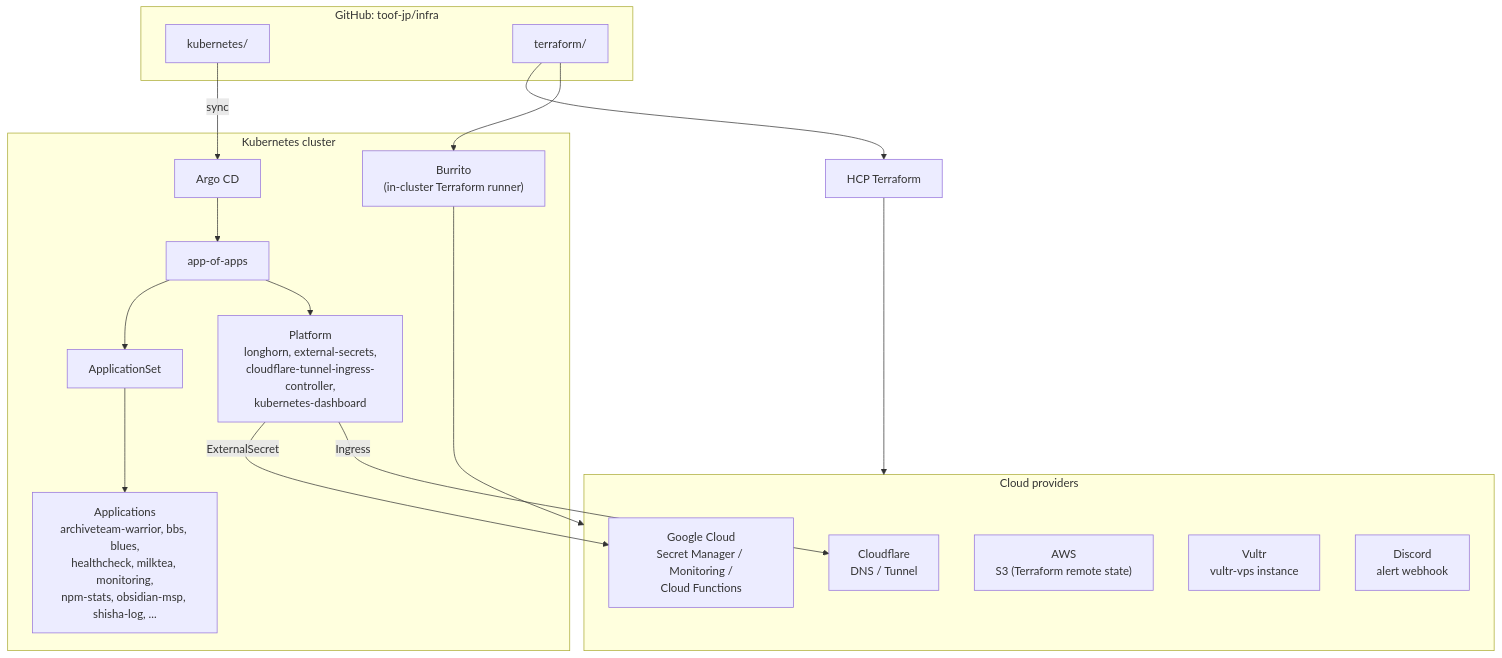
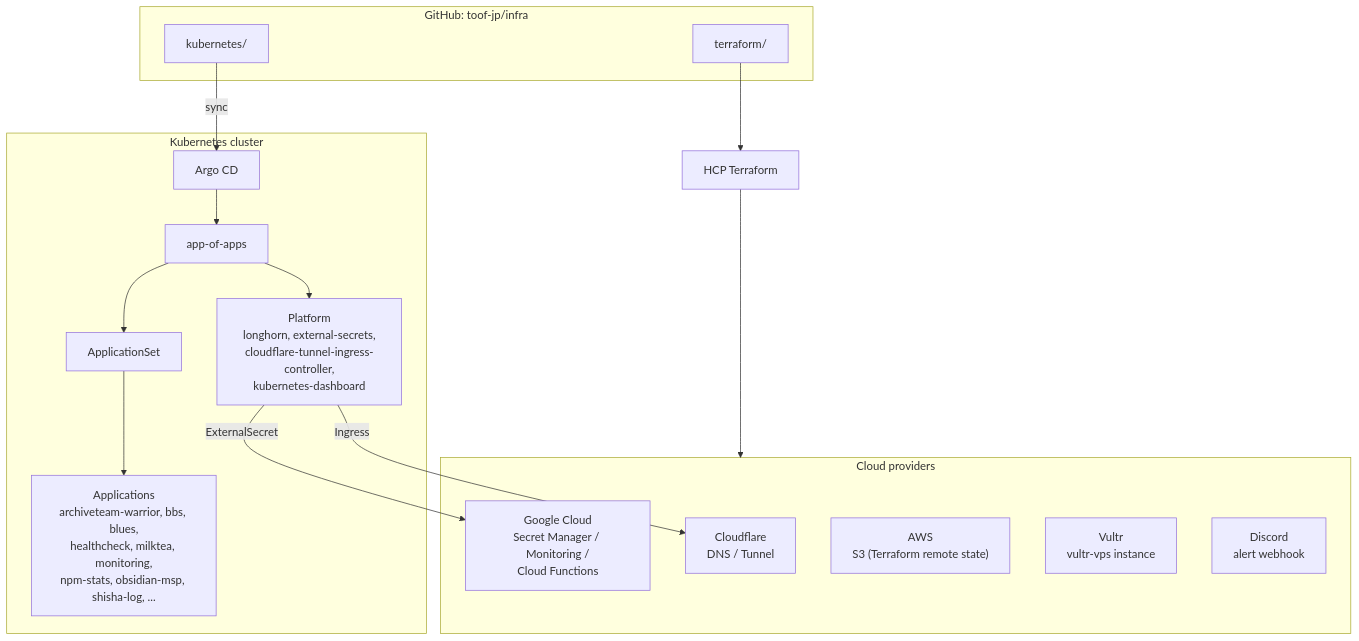
Before and after one commit to toof-jp/infra: the first of 2 diagrams in README.md, drawn with Mermaid. The commit also changed 1 other file, not shown here.

Commit message:
chore: remove deprecated burrito-project
Burrito is no longer used; terraform runs on the HCP Terraform
workspace. The manifest was already orphaned (not referenced by the
ApplicationSet). Drop it and the Burrito node in the README diagram.

````diff
--- a/README.md
+++ b/README.md
@@ -23,40 +23,37 @@
 ```mermaid
 flowchart TB
     subgraph repo["GitHub: toof-jp/infra"]
         k8sdir["kubernetes/"]
         tfdir["terraform/"]
     end
 
     subgraph cluster["Kubernetes cluster"]
         argocd["Argo CD"]
         appofapps["app-of-apps"]
         appset["ApplicationSet"]
         apps["Applications<br/>archiveteam-warrior, bbs, blues,<br/>healthcheck, milktea, monitoring,<br/>npm-stats, obsidian-msp, shisha-log, ..."]
         platform["Platform<br/>longhorn, external-secrets,<br/>cloudflare-tunnel-ingress-controller,<br/>kubernetes-dashboard"]
-        burrito["Burrito<br/>(in-cluster Terraform runner)"]
     end
 
     subgraph providers["Cloud providers"]
         cloudflare["Cloudflare<br/>DNS / Tunnel"]
         gcp["Google Cloud<br/>Secret Manager / Monitoring /<br/>Cloud Functions"]
         aws["AWS<br/>S3 (Terraform remote state)"]
         vultr["Vultr<br/>vultr-vps instance"]
         discord["Discord<br/>alert webhook"]
     end
 
     hcp["HCP Terraform"]
 
     k8sdir -->|sync| argocd
     argocd --> appofapps
     appofapps --> appset
     appofapps --> platform
     appset --> apps
 
     tfdir --> hcp
-    tfdir --> burrito
     hcp --> providers
-    burrito --> providers
 
     platform -->|ExternalSecret| gcp
     platform -->|Ingress| cloudflare
 ```
````
